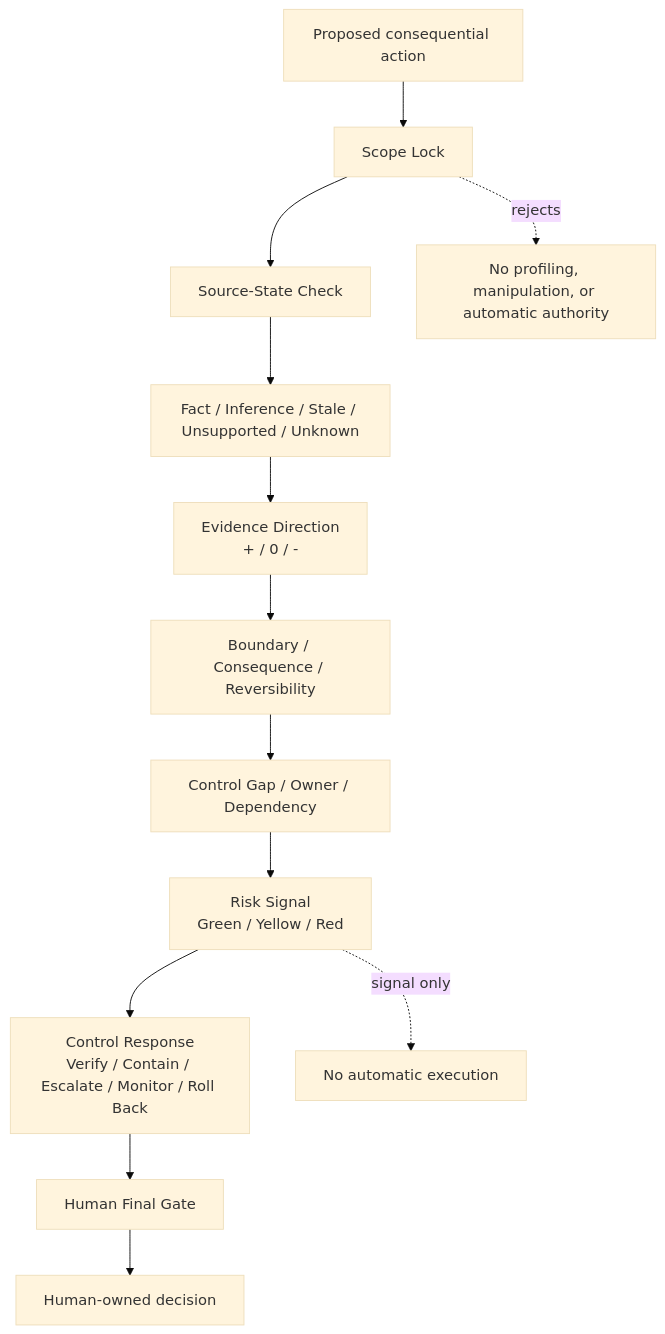
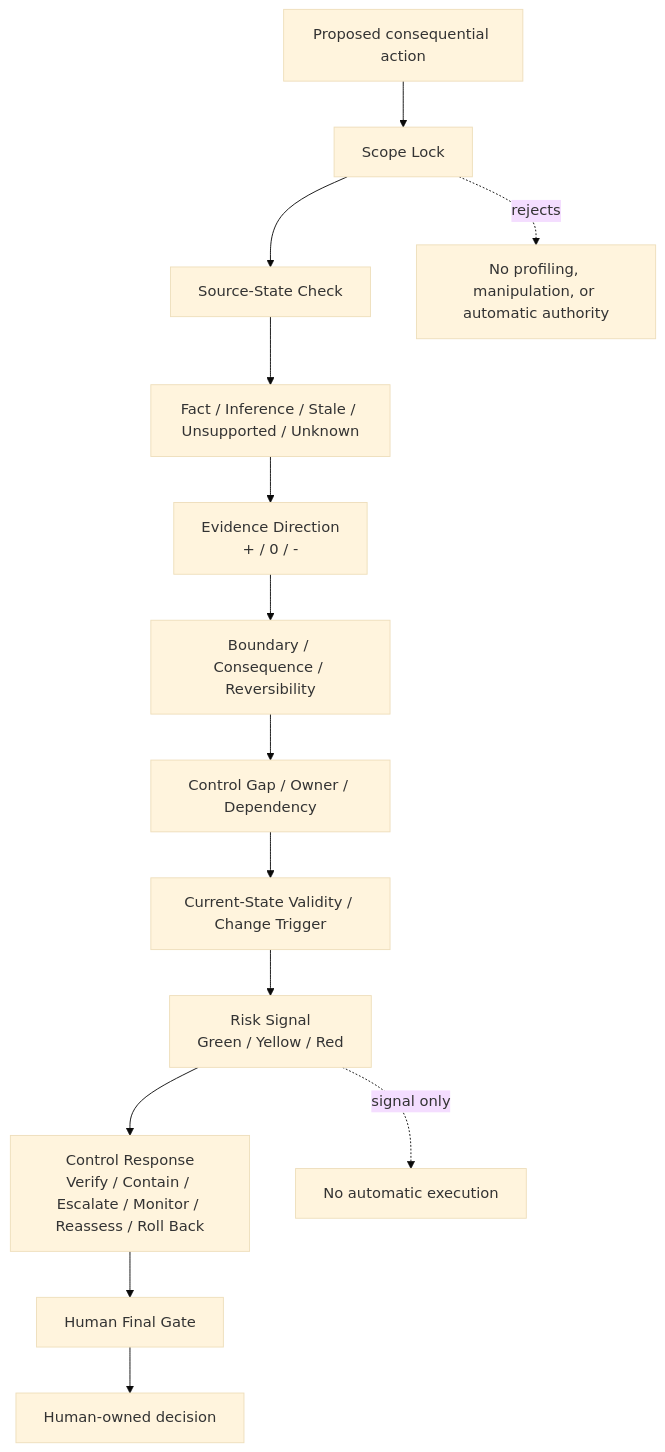
Before and after one commit to Yelan22CAT/model1: the diagram in README.md, drawn with Mermaid (base theme). The commit also changed other lines of this file, not shown here.

````diff
--- a/README.md
+++ b/README.md
@@ -82,16 +90,17 @@
 ```mermaid
 flowchart TD
     A[Proposed consequential action] --> B[Scope Lock]
     B --> C[Source-State Check]
     C --> D[Fact / Inference / Stale / Unsupported / Unknown]
     D --> E[Evidence Direction<br/>+ / 0 / -]
     E --> F[Boundary / Consequence / Reversibility]
     F --> G[Control Gap / Owner / Dependency]
-    G --> H[Risk Signal<br/>Green / Yellow / Red]
-    H --> I[Control Response<br/>Verify / Contain / Escalate / Monitor / Roll Back]
-    I --> J[Human Final Gate]
-    J --> K[Human-owned decision]
+    G --> H[Current-State Validity / Change Trigger]
+    H --> I[Risk Signal<br/>Green / Yellow / Red]
+    I --> J[Control Response<br/>Verify / Contain / Escalate / Monitor / Reassess / Roll Back]
+    J --> K[Human Final Gate]
+    K --> L[Human-owned decision]
 
     B -. rejects .-> X[No profiling, manipulation, or automatic authority]
-    H -. signal only .-> Y[No automatic execution]
+    I -. signal only .-> Y[No automatic execution]
 ```
````
